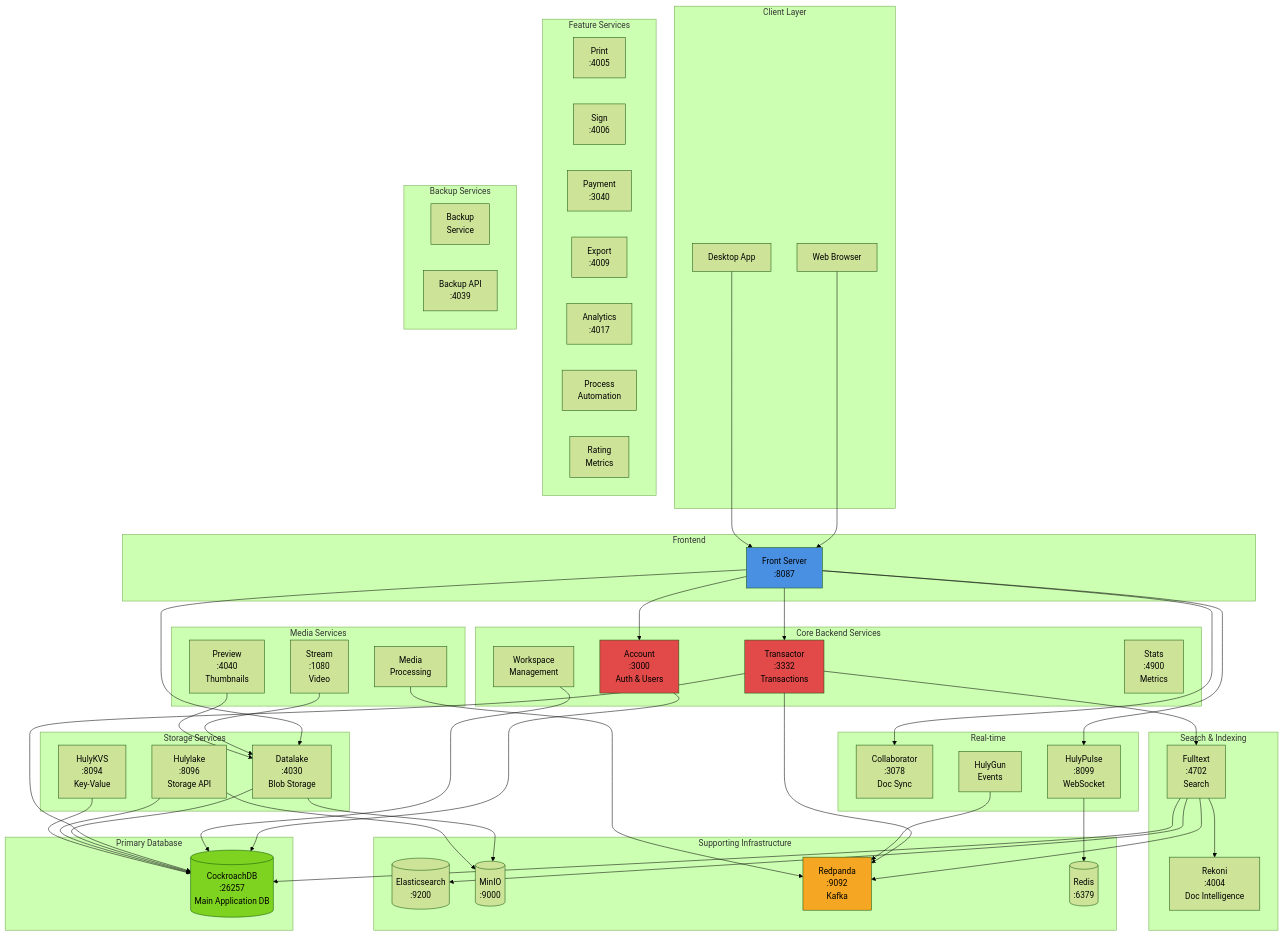
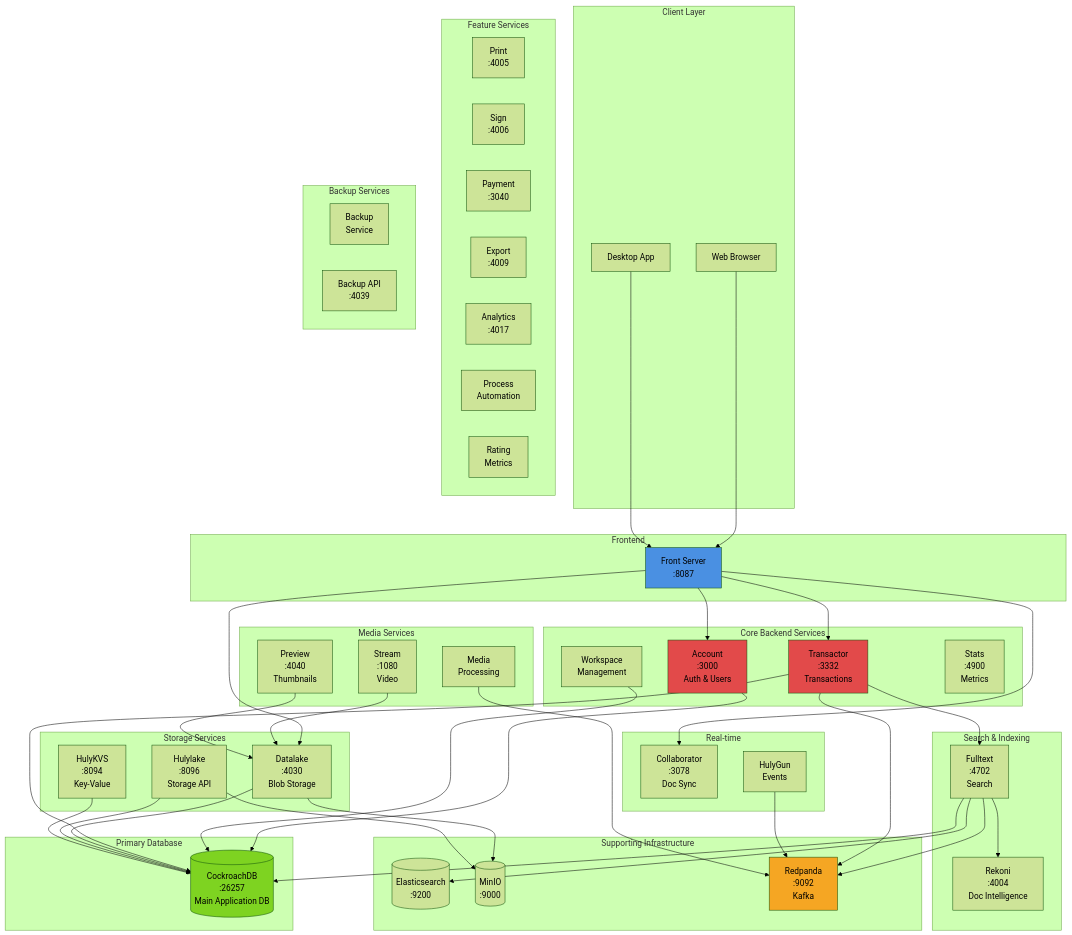
One commit to TraceX-dev/TraceX changed the first of 4 diagrams in ARCHITECTURE_OVERVIEW.md. Above: the diagram before and after it, drawn with Mermaid (forest theme). The commit also changed other lines of this file and 13 other files, not shown here.

```diff
--- a/ARCHITECTURE_OVERVIEW.md
+++ b/ARCHITECTURE_OVERVIEW.md
@@ -131,7 +128,6 @@
     
     subgraph "Real-time"
         Collaborator[Collaborator<br/>:3078<br/>Doc Sync]
-        Pulse[HulyPulse<br/>:8099<br/>WebSocket]
         Gun[HulyGun<br/>Events]
     end
     
@@ -164,7 +160,6 @@
         Elasticsearch[(Elasticsearch<br/>:9200)]
         Minio[(MinIO<br/>:9000)]
         Redpanda[Redpanda<br/>:9092<br/>Kafka]
-        Redis[(Redis<br/>:6379)]
     end
     
     Browser --> Front
@@ -174,7 +169,6 @@
     Front --> Transactor
     Front --> Collaborator
     Front --> Datalake
-    Front --> Pulse
     
     Account --> CockroachDB
     Workspace --> CockroachDB
@@ -193,7 +187,6 @@
     Fulltext --> Rekoni
     Fulltext --> Redpanda
     
-    Pulse --> Redis
     Gun --> Redpanda
     
     Stream --> Datalake
```
